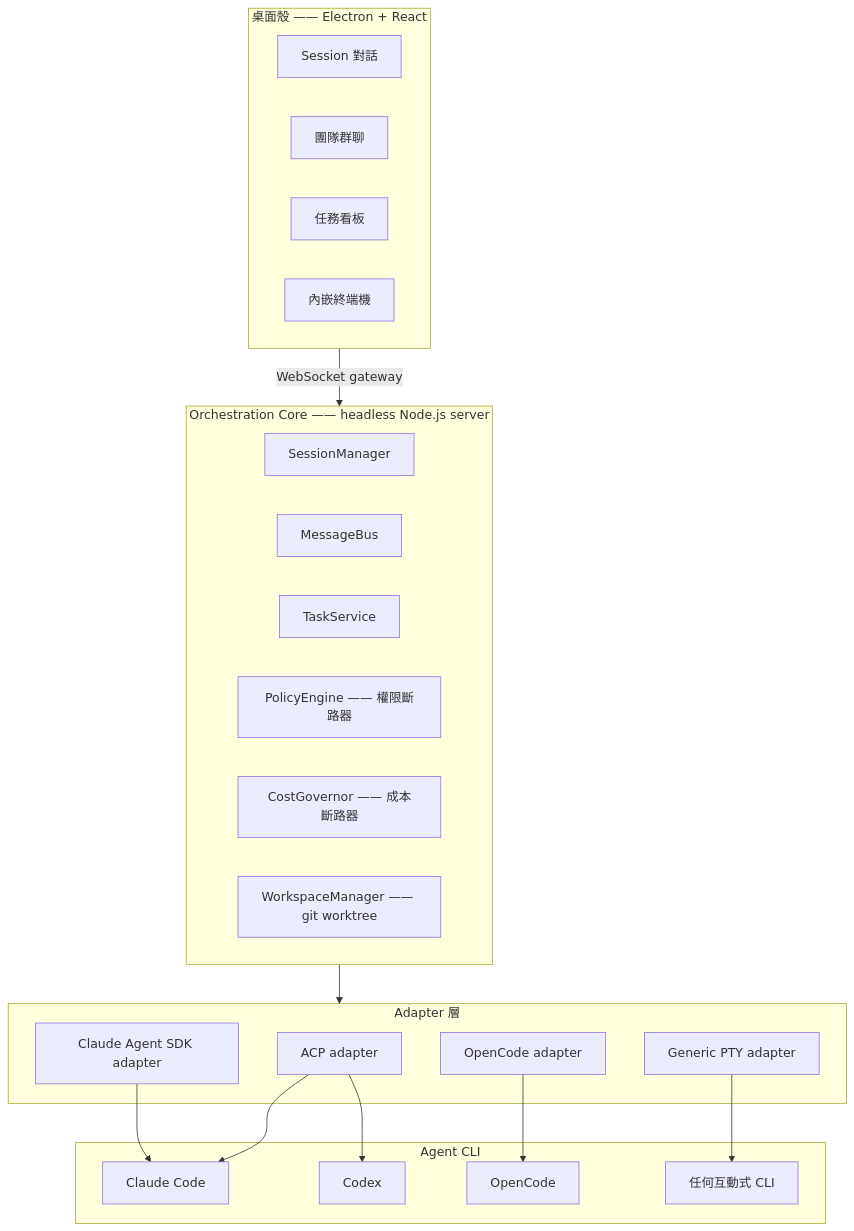
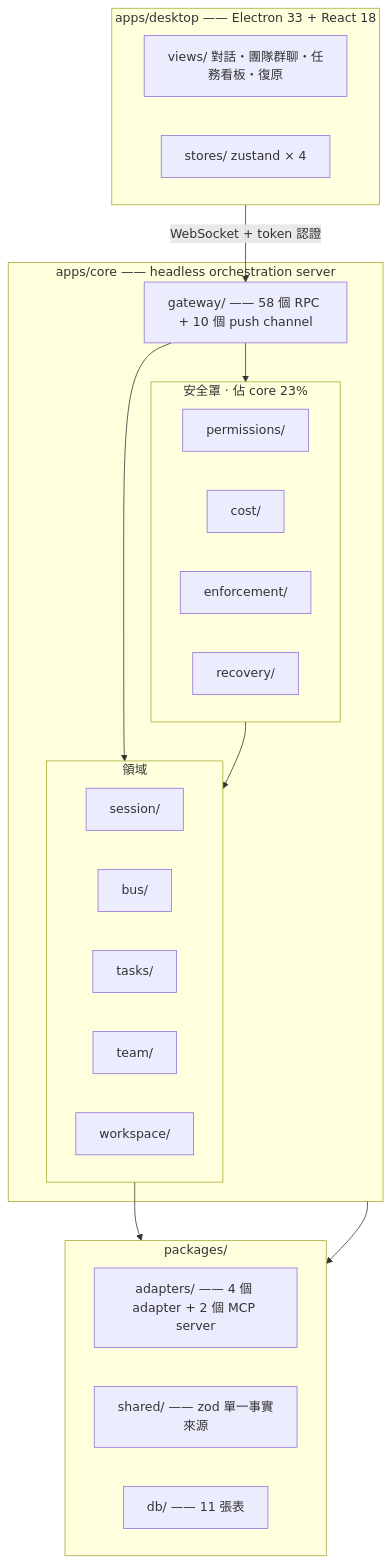
The second of 3 diagrams in README.zh-Hant.md (xing-101729/deskmony), drawn with Mermaid before and after one commit. The commit also changed other lines of this file and 2 other files, not shown here.

First line of the commit message:
Rewrite both READMEs from the audited architecture

````diff
--- a/README.zh-Hant.md
+++ b/README.zh-Hant.md
@@ -67,41 +105,41 @@
 ```mermaid
 flowchart TB
-    subgraph UI["桌面殼 —— Electron + React"]
+    subgraph SHELL["apps/desktop —— Electron 33 + React 18"]
         direction LR
-        Chat["Session 對話"]
-        Team["團隊群聊"]
-        Board["任務看板"]
-        Term["內嵌終端機"]
+        Views["views/ 對話・團隊群聊・任務看板・復原"]
+        Stores["stores/ zustand × 4"]
     end
 
-    subgraph CORE["Orchestration Core —— headless Node.js server"]
-        SessMgr["SessionManager"]
-        Bus["MessageBus"]
-        TaskSvc["TaskService"]
-        Policy["PolicyEngine —— 權限斷路器"]
-        Cost["CostGovernor —— 成本斷路器"]
-        Work["WorkspaceManager —— git worktree"]
+    subgraph CORE["apps/core —— headless orchestration server"]
+        GW["gateway/ —— 58 個 RPC + 10 個 push channel"]
+        subgraph DOMAIN["領域"]
+            direction LR
+            Sess["session/"]
+            Bus["bus/"]
+            Task["tasks/"]
+            Team["team/"]
+            Work["workspace/"]
+        end
+        subgraph SHIELD["安全罩 · 佔 core 23%"]
+            direction LR
+            Perm["permissions/"]
+            Cost["cost/"]
+            Enf["enforcement/"]
+            Rec["recovery/"]
+        end
     end
 
-    subgraph ADPT["Adapter 層"]
-        ACP["ACP adapter"]
-        SDK["Claude Agent SDK adapter"]
-        OC["OpenCode adapter"]
-        PTY["Generic PTY adapter"]
+    subgraph PKG["packages/"]
+        direction LR
+        Adapters["adapters/ —— 4 個 adapter + 2 個 MCP server"]
+        Shared["shared/ —— zod 單一事實來源"]
+        Db["db/ —— 11 張表"]
     end
 
-    subgraph AGENTS["Agent CLI"]
-        CC["Claude Code"]
-        CDX["Codex"]
-        OCS["OpenCode"]
-        ANY["任何互動式 CLI"]
-    end
-
-    UI -- "WebSocket gateway" --> CORE
-    CORE --> ADPT
-    ACP --> CC
-    ACP --> CDX
-    SDK --> CC
-    OC --> OCS
-    PTY --> ANY
+    SHELL -- "WebSocket + token 認證" --> GW
+    GW --> DOMAIN
+    GW --> SHIELD
+    SHIELD --> DOMAIN
+    DOMAIN --> Adapters
+    CORE --> Db
 ```
````
